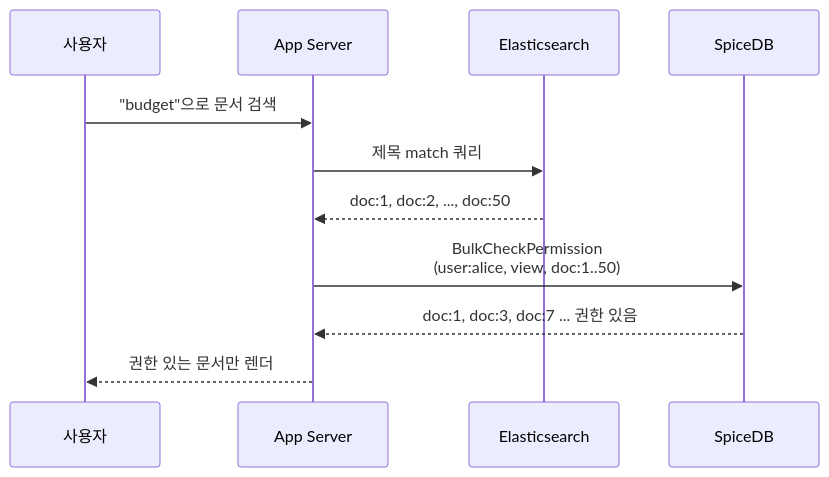
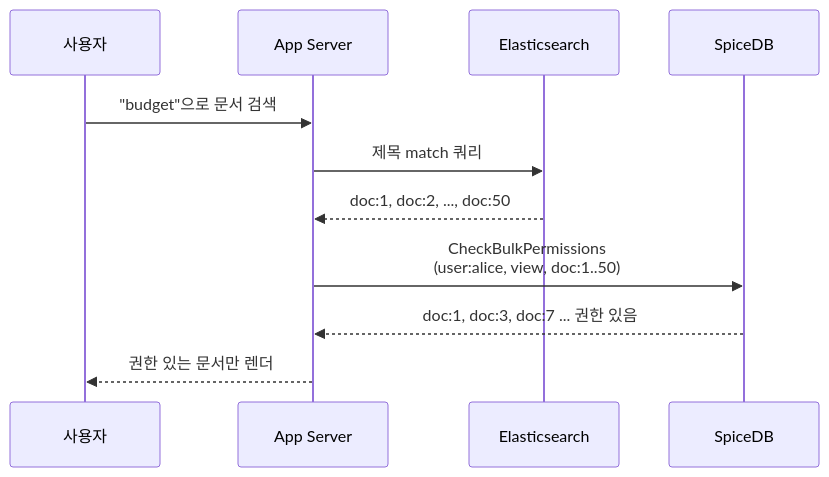
Before and after one commit to hobeen-kim/hobeen-kim.github.io: the second of 2 diagrams in docs/_study/spicedb/04-api.md, drawn with Mermaid. The commit also changed other lines of this file and 15 other files, not shown here.

````diff
--- a/docs/_study/spicedb/04-api.md
+++ b/docs/_study/spicedb/04-api.md
@@ -233,14 +233,14 @@
 ```mermaid
 sequenceDiagram
     participant U as 사용자
     participant App as App Server
     participant ES as Elasticsearch
     participant S as SpiceDB
 
     U->>App: "budget"으로 문서 검색
     App->>ES: 제목 match 쿼리
     ES-->>App: doc:1, doc:2, ..., doc:50
-    App->>S: BulkCheckPermission<br>(user:alice, view, doc:1..50)
+    App->>S: CheckBulkPermissions<br>(user:alice, view, doc:1..50)
     S-->>App: doc:1, doc:3, doc:7 ... 권한 있음
     App-->>U: 권한 있는 문서만 렌더
 ```
````
